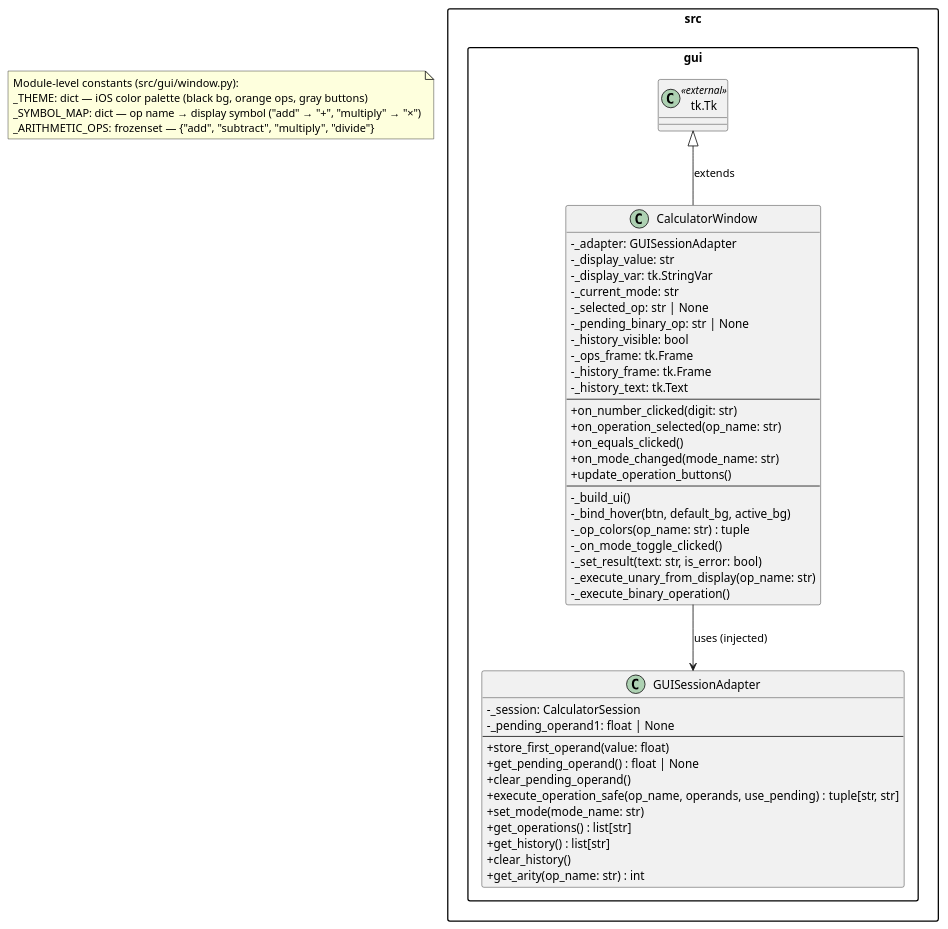
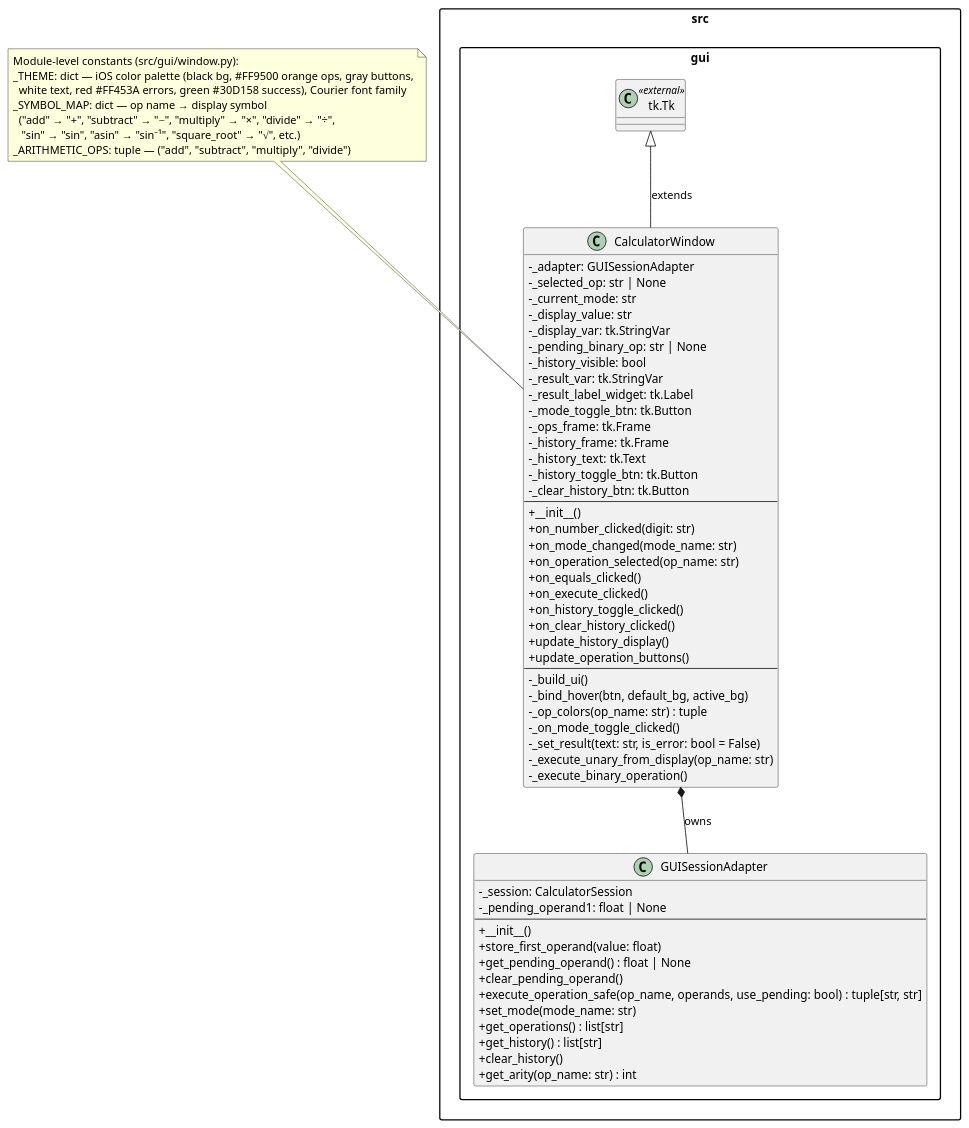
Before and after one commit to DanielRiha8906/Calculator_bachelor_autoevolution_team: the diagram in artifacts/class_gui_layer.puml, drawn with PlantUML. The commit also changed 5 other files, not shown here.

Commit message:
chore: update PlantUML diagrams for iOS GUI redesign (PR #370)

```diff
--- a/artifacts/class_gui_layer.puml
+++ b/artifacts/class_gui_layer.puml
@@ -1,64 +1,80 @@
 @startuml class_gui_layer
 
 skinparam classAttributeIconSize 0
 skinparam packageStyle rectangle
 
 note as N1
   Module-level constants (src/gui/window.py):
-  _THEME: dict — iOS color palette (black bg, orange ops, gray buttons)
-  _SYMBOL_MAP: dict — op name → display symbol ("add" → "+", "multiply" → "×")
-  _ARITHMETIC_OPS: frozenset — {"add", "subtract", "multiply", "divide"}
+  _THEME: dict — iOS color palette (black bg, #FF9500 orange ops, gray buttons,
+    white text, red #FF453A errors, green #30D158 success), Courier font family
+  _SYMBOL_MAP: dict — op name → display symbol
+    ("add" → "+", "subtract" → "−", "multiply" → "×", "divide" → "÷",
+     "sin" → "sin", "asin" → "sin⁻¹", "square_root" → "√", etc.)
+  _ARITHMETIC_OPS: tuple — ("add", "subtract", "multiply", "divide")
 end note
 
 package "src.gui" {
 
     class "tk.Tk" as TkTk <<external>>
 
     class CalculatorWindow {
         -_adapter: GUISessionAdapter
+        -_selected_op: str | None
+        -_current_mode: str
         -_display_value: str
         -_display_var: tk.StringVar
-        -_current_mode: str
-        -_selected_op: str | None
         -_pending_binary_op: str | None
         -_history_visible: bool
+        -_result_var: tk.StringVar
+        -_result_label_widget: tk.Label
+        -_mode_toggle_btn: tk.Button
         -_ops_frame: tk.Frame
         -_history_frame: tk.Frame
         -_history_text: tk.Text
+        -_history_toggle_btn: tk.Button
+        -_clear_history_btn: tk.Button
         --
+        +__init__()
         +on_number_clicked(digit: str)
+        +on_mode_changed(mode_name: str)
         +on_operation_selected(op_name: str)
         +on_equals_clicked()
-        +on_mode_changed(mode_name: str)
+        +on_execute_clicked()
+        +on_history_toggle_clicked()
+        +on_clear_history_clicked()
+        +update_history_display()
         +update_operation_buttons()
         --
         -_build_ui()
         -_bind_hover(btn, default_bg, active_bg)
         -_op_colors(op_name: str) : tuple
         -_on_mode_toggle_clicked()
-        -_set_result(text: str, is_error: bool)
+        -_set_result(text: str, is_error: bool = False)
         -_execute_unary_from_display(op_name: str)
         -_execute_binary_operation()
     }
 
     class GUISessionAdapter {
         -_session: CalculatorSession
         -_pending_operand1: float | None
         --
+        +__init__()
         +store_first_operand(value: float)
         +get_pending_operand() : float | None
         +clear_pending_operand()
-        +execute_operation_safe(op_name, operands, use_pending) : tuple[str, str]
+        +execute_operation_safe(op_name, operands, use_pending: bool) : tuple[str, str]
         +set_mode(mode_name: str)
         +get_operations() : list[str]
         +get_history() : list[str]
         +clear_history()
         +get_arity(op_name: str) : int
     }
 }
 
 TkTk <|-- CalculatorWindow : extends
 
-CalculatorWindow --> GUISessionAdapter : uses (injected)
+CalculatorWindow *-- GUISessionAdapter : owns
+
+N1 .. CalculatorWindow
 
 @enduml
```
